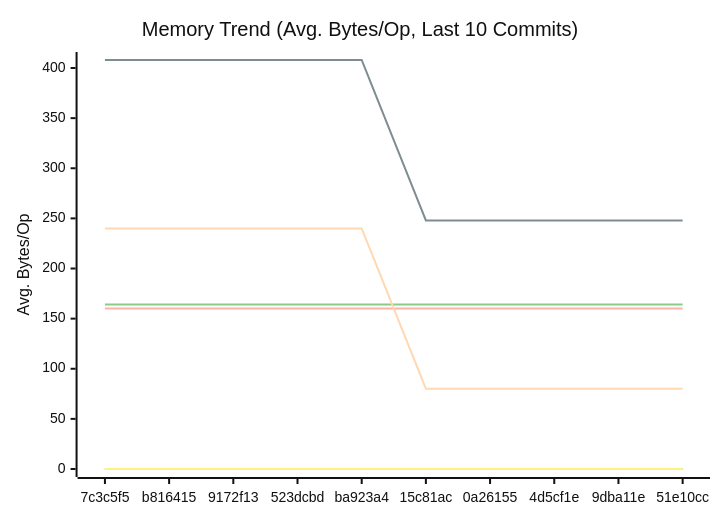
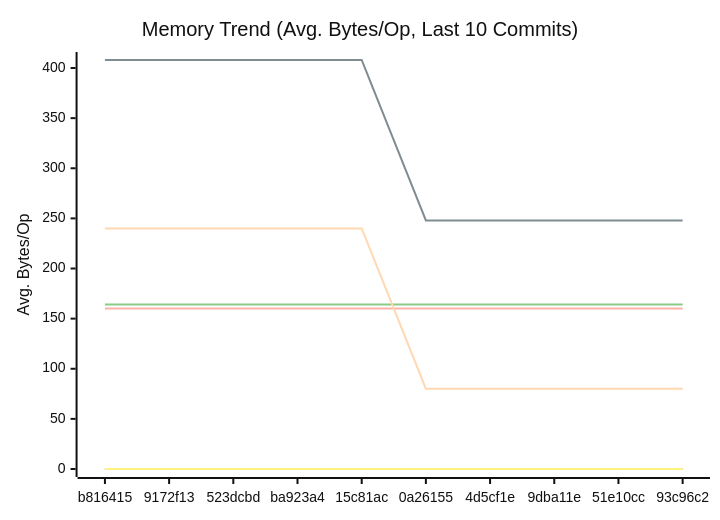
The second of 3 diagrams in docs/PERFORMANCE.md (alsotoes/momo), drawn with Mermaid (neutral theme) before and after one commit. The commit also changed other lines of this file and 2 other files, not shown here.

````diff
--- a/docs/PERFORMANCE.md
+++ b/docs/PERFORMANCE.md
@@ -97,16 +97,16 @@
 ```mermaid
 xychart-beta
     title "Memory Trend (Avg. Bytes/Op, Last 10 Commits)"
     x-axis "Commit"
     y-axis "Avg. Bytes/Op"
-    x-axis [7c3c5f5,b816415,9172f13,523dcbd,ba923a4,15c81ac,0a26155,4d5cf1e,9dba11e,51e10cc]
+    x-axis [b816415,9172f13,523dcbd,ba923a4,15c81ac,0a26155,4d5cf1e,9dba11e,51e10cc,93c96c2]
     line "CheckMetricsAndSwap" [0,0,0,0,0,0,0,0,0,0]
     line "CrushOptimized" [0,0,0,0,0,0,0,0,0,0]
     line "CrushOriginal" [164,164,164,164,164,164,164,164,164,164]
     line "IndexDirectTracking" [0,0,0,0,0,0,0,0,0,0]
     line "IndexSearch" [0,0,0,0,0,0,0,0,0,0]
     line "LoadGlobalConfig" [160,160,160,160,160,160,160,160,160,160]
     line "PadString" [0,0,0,0,0,0,0,0,0,0]
     line "ParseReplicationOrder_NoPrealloc" [408,408,408,408,408,248,248,248,248,248]
     line "ParseReplicationOrder_Prealloc" [240,240,240,240,240,80,80,80,80,80]
 ```
````
